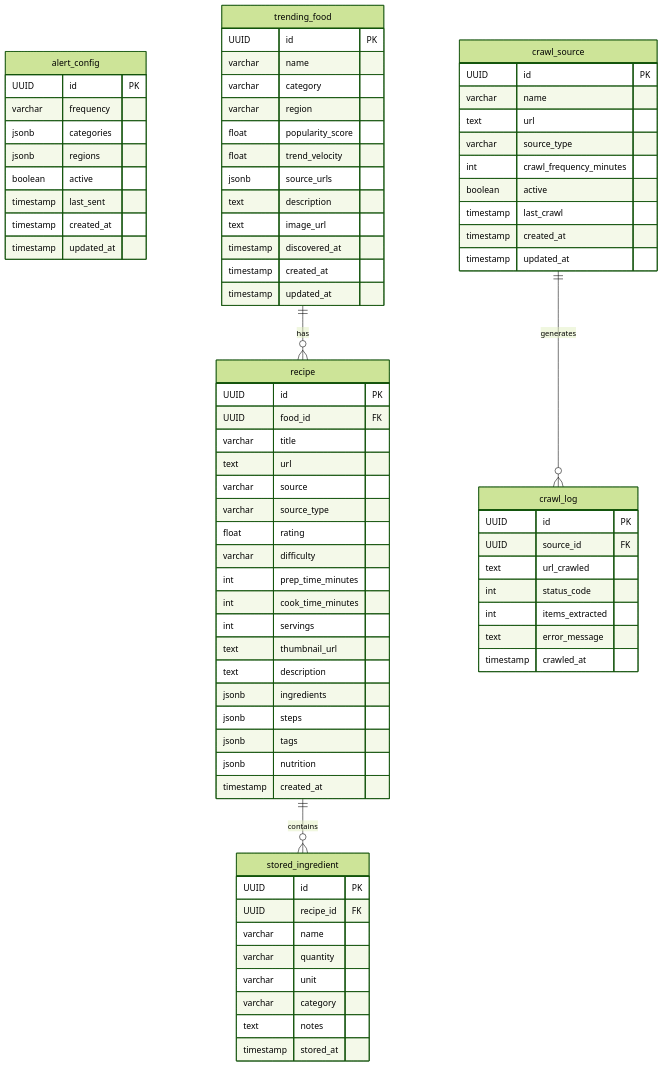
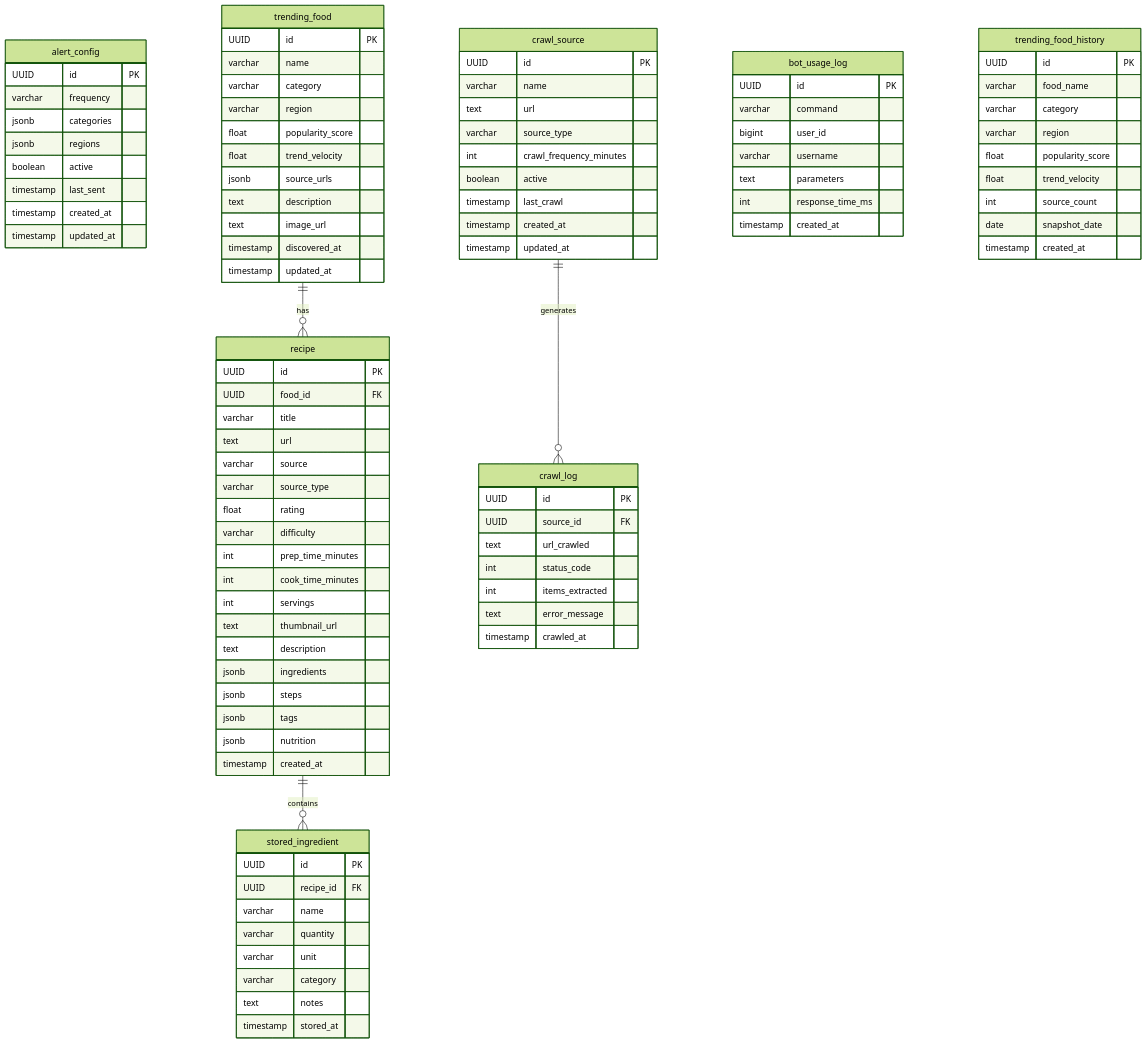
The ninth of 10 diagrams in README.md (Sherayu/BlockChainFood), drawn with Mermaid (forest theme) before and after one commit. The commit also changed other lines of this file and 41 other files, not shown here.

```diff
--- a/README.md
+++ b/README.md
@@ -410,7 +468,6 @@
         text description
         text image_url
         timestamp discovered_at
-        timestamp created_at
         timestamp updated_at
     }
 
@@ -468,6 +525,28 @@
         timestamp crawled_at
     }
 
+    bot_usage_log {
+        UUID id PK
+        varchar command
+        bigint user_id
+        varchar username
+        text parameters
+        int response_time_ms
+        timestamp created_at
+    }
+
+    trending_food_history {
+        UUID id PK
+        varchar food_name
+        varchar category
+        varchar region
+        float popularity_score
+        float trend_velocity
+        int source_count
+        date snapshot_date
+        timestamp created_at
+    }
+
     trending_food ||--o{ recipe : has
     recipe ||--o{ stored_ingredient : contains
     crawl_source ||--o{ crawl_log : generates
```
